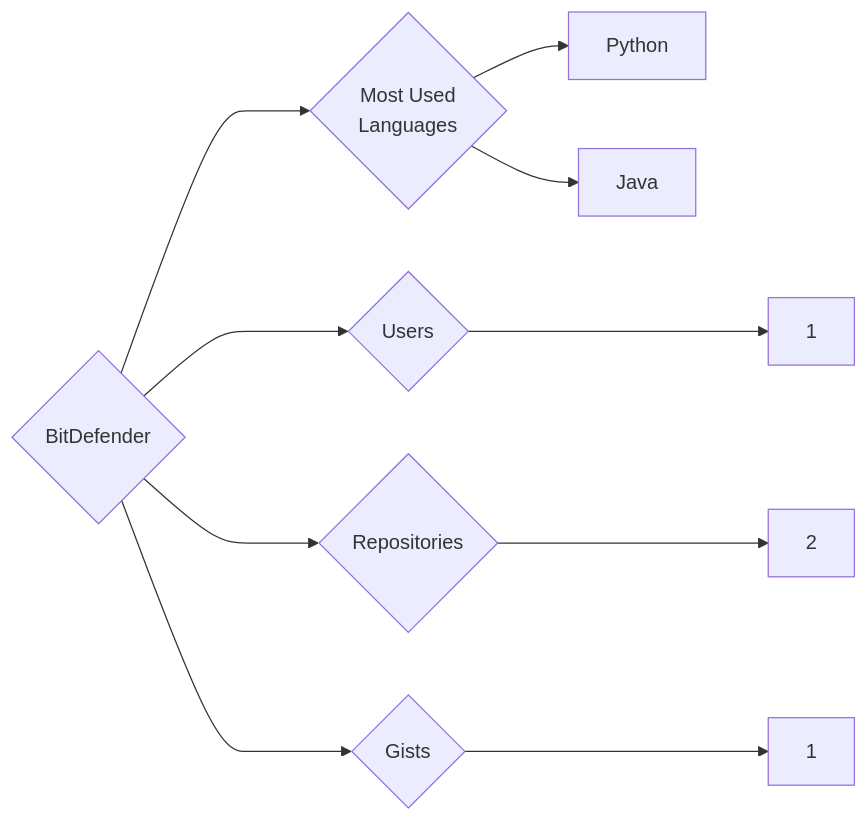
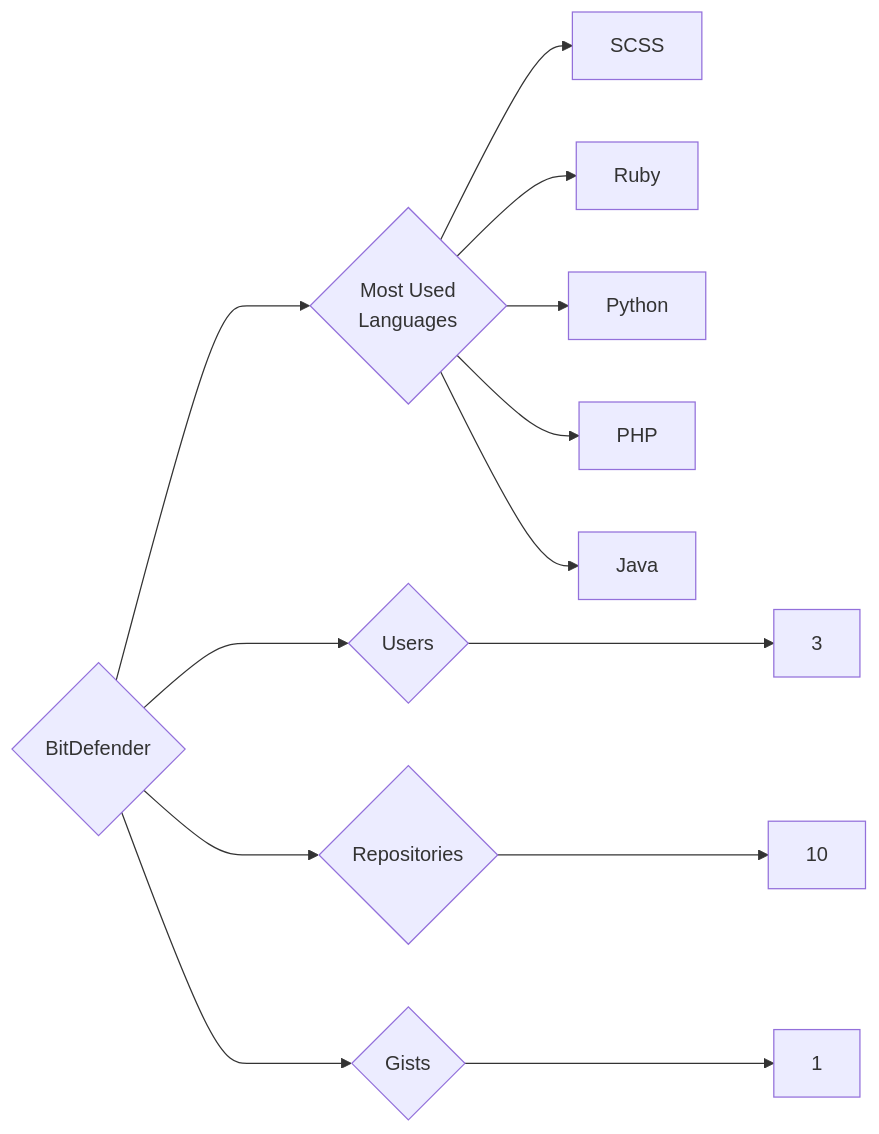
Before and after one commit to trickest/insiders: the diagram in targets/BitDefender/README.md, drawn with Mermaid. The commit also changed 880 other files, not shown here.

````diff
--- a/targets/BitDefender/README.md
+++ b/targets/BitDefender/README.md
@@ -3,10 +3,13 @@
 ```mermaid
 graph LR
 COMPANY_NAME{BitDefender}
-COMPANY_NAME ---> U{Users} ---> UN[1]
-COMPANY_NAME ---> R{Repositories} ---> RN[2]
+COMPANY_NAME ---> U{Users} ---> UN[3]
+COMPANY_NAME ---> R{Repositories} ---> RN[10]
 COMPANY_NAME ---> G{Gists} ---> GN[1]
 COMPANY_NAME ---> ML{Most Used<br>Languages}
+ML --> SCSS[SCSS]
+ML --> Ruby[Ruby]
 ML --> Python[Python]
+ML --> PHP[PHP]
 ML --> Java[Java]
 ```
````
